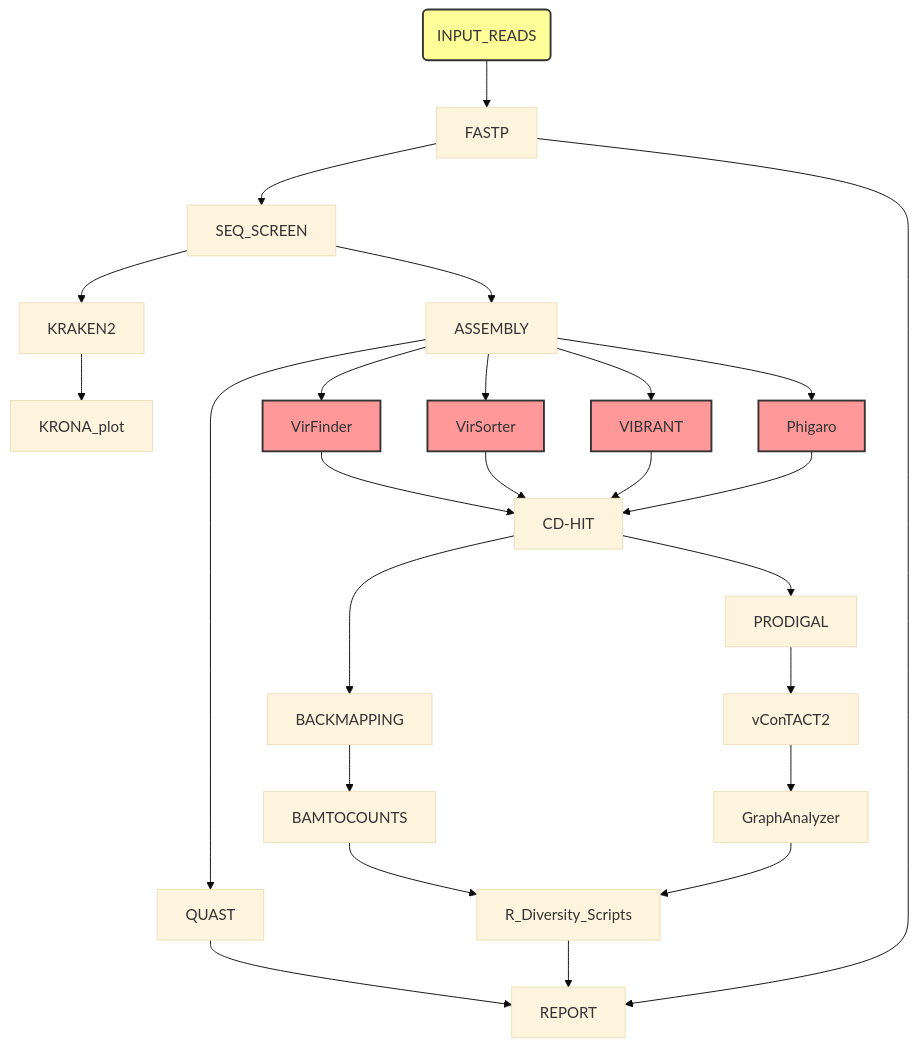
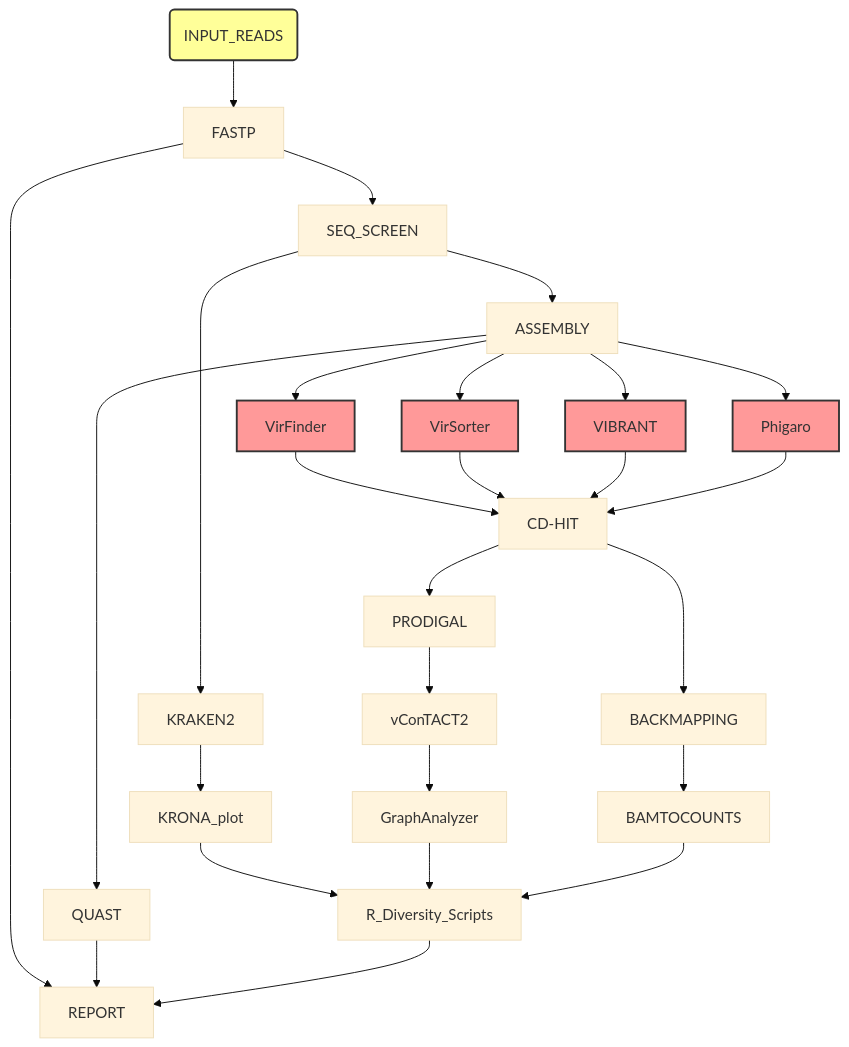
The diagram in deps/README.md (MattiaPandolfoVR/MetaPhage), drawn with Mermaid (base theme) before and after one commit.

````diff
--- a/deps/README.md
+++ b/deps/README.md
@@ -13,29 +13,30 @@
 ```mermaid
 graph TD;
  style input fill:#ff9,stroke:#333,stroke-width:2px
  classDef miner fill:#f99,stroke:#333,stroke-width:2px
  input(INPUT_READS) --> FASTP;
  FASTP --> SEQ_SCREEN;
  SEQ_SCREEN --> KRAKEN2;
  KRAKEN2 --> KRONA_plot;
+ KRONA_plot -->  R_Diversity_Scripts;
  SEQ_SCREEN --> ASSEMBLY;
  ASSEMBLY --> QUAST;
  ASSEMBLY --> VirFinder:::miner;
  ASSEMBLY --> VirSorter:::miner;
  ASSEMBLY --> VIBRANT:::miner;
  ASSEMBLY --> Phigaro:::miner;
  VirFinder --> CD-HIT;
  VirSorter --> CD-HIT ;
  VIBRANT --> CD-HIT ;
  Phigaro --> CD-HIT ;
  CD-HIT --> BACKMAPPING;
  BACKMAPPING --> BAMTOCOUNTS;
  CD-HIT --> PRODIGAL;
  PRODIGAL --> vConTACT2;
  vConTACT2 --> GraphAnalyzer;
  GraphAnalyzer --> R_Diversity_Scripts;
  BAMTOCOUNTS --> R_Diversity_Scripts;
  FASTP --> REPORT;
  QUAST --> REPORT;
  R_Diversity_Scripts --> REPORT; 
 ```
````
